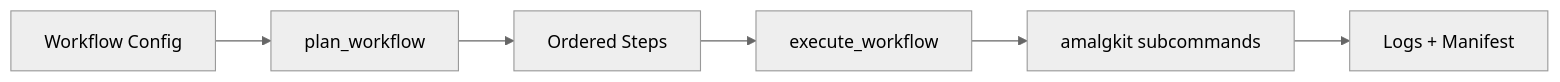
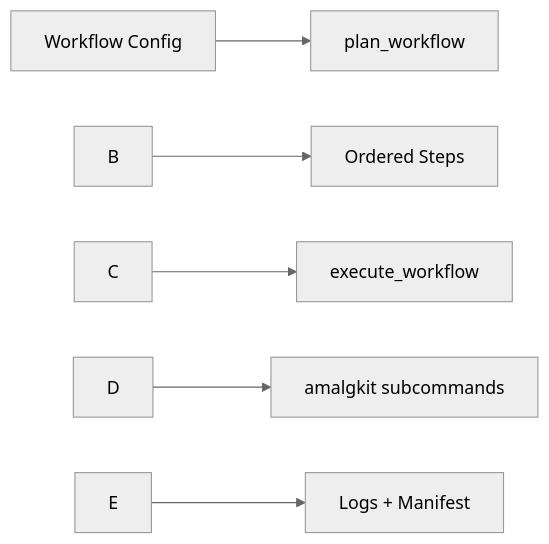
The diagram in docs/rna/index.md (docxology/MetaInformAnt), drawn with Mermaid (neutral theme) before and after one commit. The commit also changed 611 other files, not shown here.

````diff
--- a/docs/rna/index.md
+++ b/docs/rna/index.md
@@ -13,8 +13,8 @@
 ```mermaid
 flowchart LR
-  A[Workflow Config] --> B[plan_workflow]
-  B --> C[Ordered Steps]
-  C --> D[execute_workflow]
-  D --> E[amalgkit subcommands]
-  E --> F[Logs + Manifest]
+  AworkflowConfig[Workflow Config] --> BplanWorkflow[plan_workflow]
+  B --> CorderedSteps[Ordered Steps]
+  C --> DexecuteWorkflow[execute_workflow]
+  D --> EamalgkitSubcommands[amalgkit subcommands]
+  E --> Flogs+Manifest[Logs + Manifest]
 ```
````
